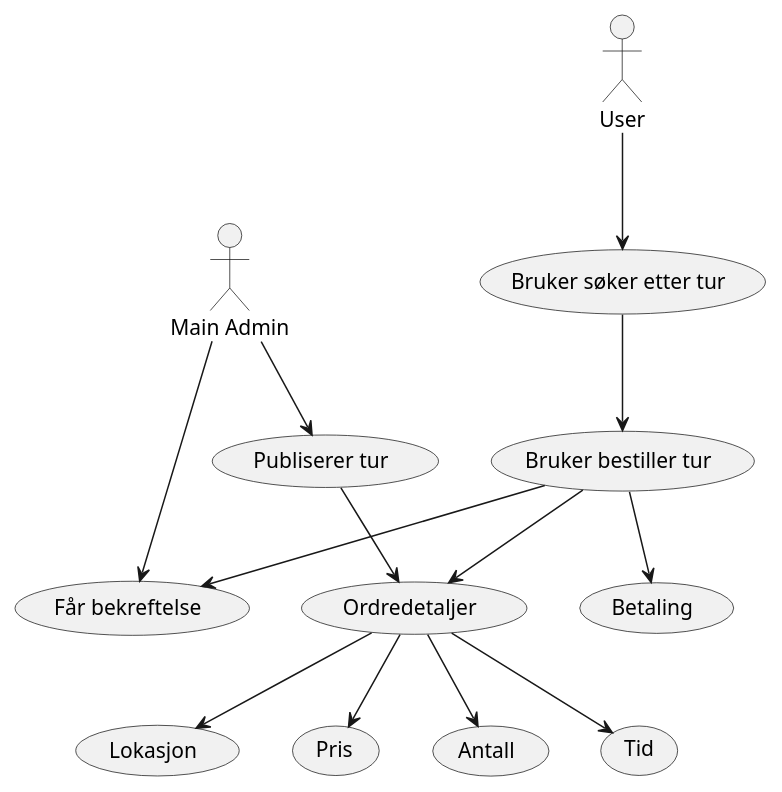
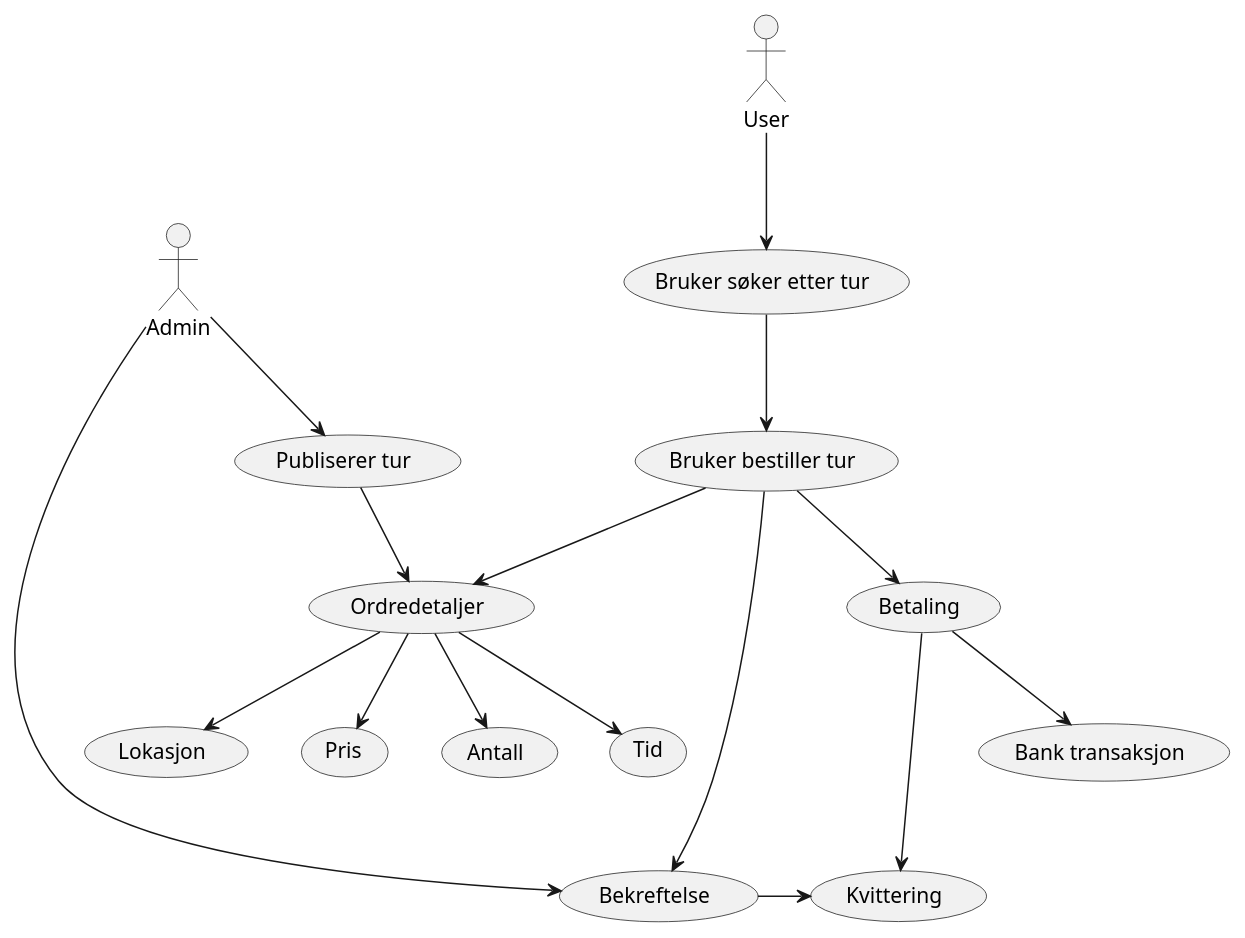
One commit to ChrisBSuz/SE_Gruppe17 changed the diagram in Guide.puml. Above: the diagram before and after it, drawn with PlantUML.

```diff
--- a/Guide.puml
+++ b/Guide.puml
@@ -1,25 +1,29 @@
 @startuml
 'https://plantuml.com/use-case-diagram
 
-:Main Admin: as Admin
+:Admin: as Admin
 (Publiserer tur) as (Publiserer)
 (Ordredetaljer) as (Ordre)
 (Bruker søker etter tur) as (Søker)
 (Bruker bestiller tur) as (Bestiller)
-(Får bekreftelse) as (bekreftelse)
+(Bekreftelse) as (bekreftelse)
+(Bank transaksjon) as (Bank)
 
 User --> (Søker)
 (Søker) --> (Bestiller)
 (Bestiller) --> (Ordre)
-(Bestiller) --> (bekreftelse)
+(Bestiller) ----> (bekreftelse)
 Admin --> (bekreftelse)
 (Bestiller) --> (Betaling)
+(Betaling) --> (Bank)
+(bekreftelse) -> (Kvittering)
+(Betaling) -> (Kvittering)
 
 Admin --> (Publiserer)
 (Publiserer) --> (Ordre)
 (Ordre) --> (Lokasjon)
 (Ordre) --> (Pris)
 (Ordre) --> (Antall)
 (Ordre) --> (Tid)
 
 @enduml
```
